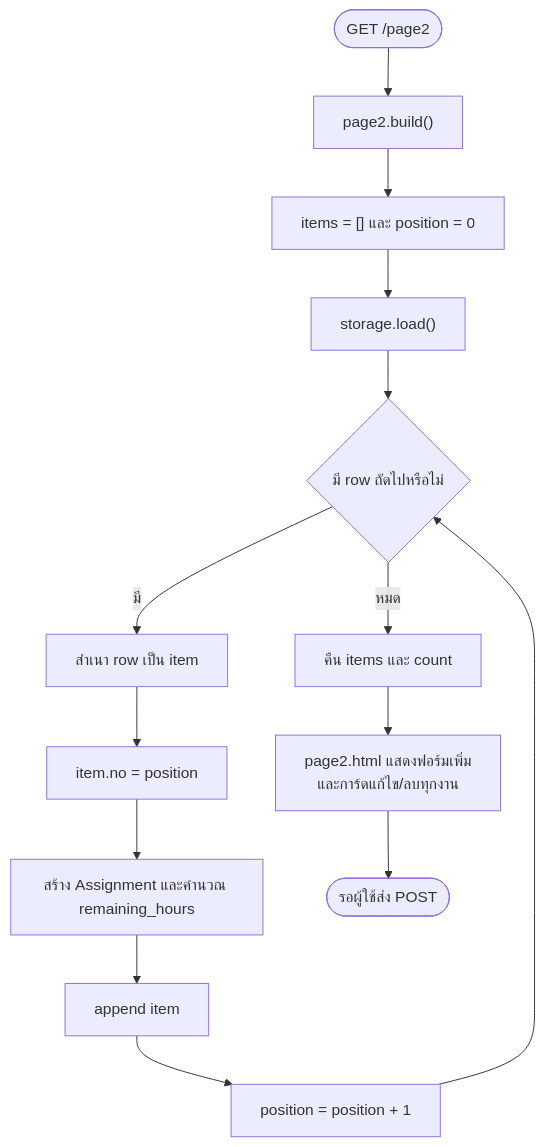
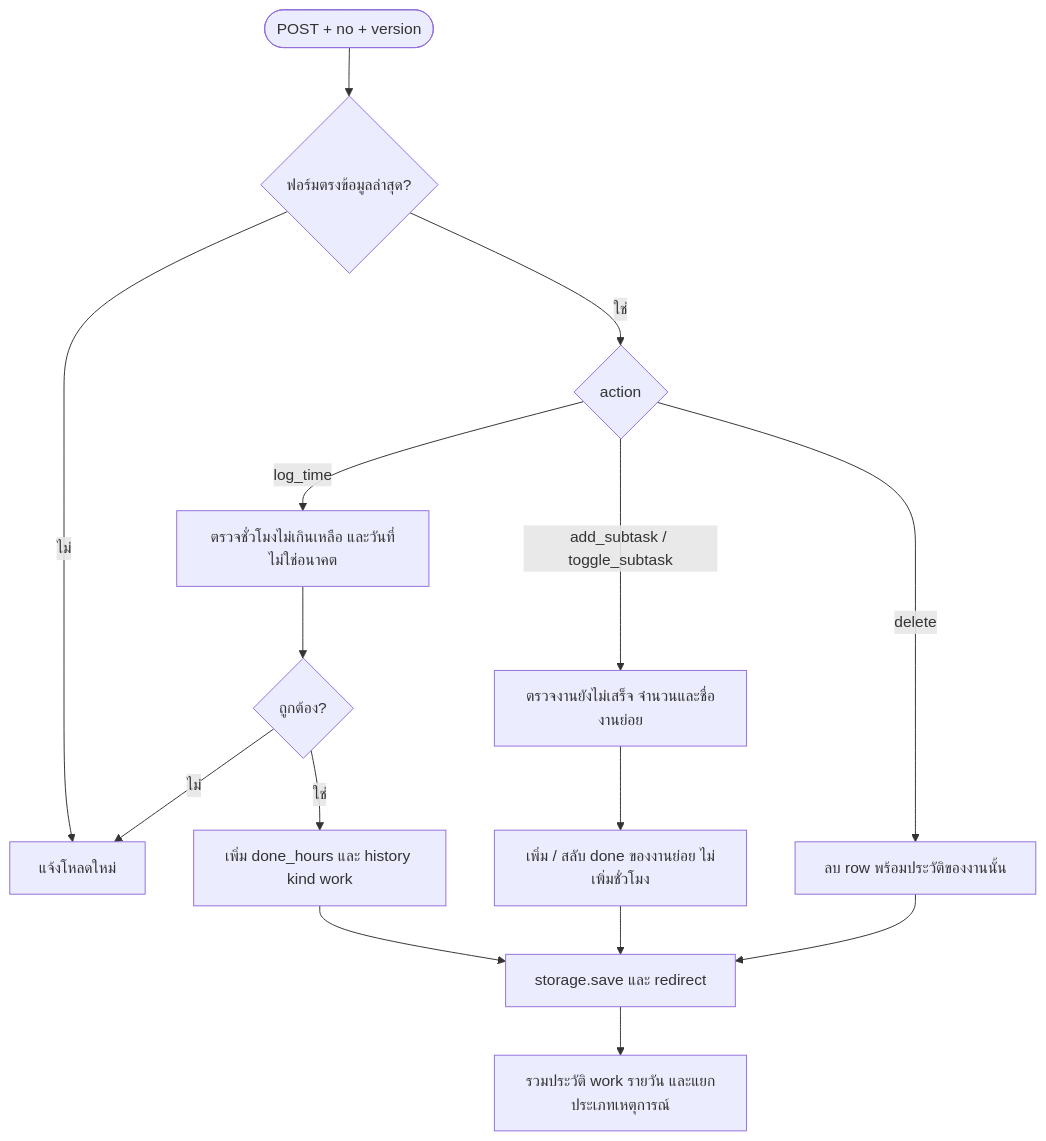
The sixth of 10 diagrams in docs/presentation/FLOWCHARTS.md (aiy157/ManagerTime), drawn with Mermaid before and after one commit. The commit also changed other lines of this file and 68 other files, not shown here.

````diff
--- a/docs/presentation/FLOWCHARTS.md
+++ b/docs/presentation/FLOWCHARTS.md
@@ -168,16 +111,17 @@
 ```mermaid
 flowchart TD
-    A(["GET /page2"]) --> B["page2.build()"]
-    B --> C["items = [] และ position = 0"]
-    C --> D["storage.load()"]
-    D --> E{"มี row ถัดไปหรือไม่"}
-    E -->|มี| F["สำเนา row เป็น item"]
-    F --> G["item.no = position"]
-    G --> H["สร้าง Assignment และคำนวณ remaining_hours"]
-    H --> I["append item"]
-    I --> J["position = position + 1"]
-    J --> E
-    E -->|หมด| K["คืน items และ count"]
-    K --> L["page2.html แสดงฟอร์มเพิ่ม<br/>และการ์ดแก้ไข/ลบทุกงาน"]
-    L --> M(["รอผู้ใช้ส่ง POST"])
+    A(["POST + no + version"]) --> B{"ฟอร์มตรงข้อมูลล่าสุด?"}
+    B -->|ไม่| X["แจ้งโหลดใหม่"]
+    B -->|ใช่| C{"action"}
+    C -->|log_time| D["ตรวจชั่วโมงไม่เกินเหลือ และวันที่ไม่ใช่อนาคต"]
+    D --> E{"ถูกต้อง?"}
+    E -->|ไม่| X
+    E -->|ใช่| F["เพิ่ม done_hours และ history kind work"]
+    C -->|add_subtask / toggle_subtask| G["ตรวจงานยังไม่เสร็จ จำนวนและชื่องานย่อย"]
+    G --> H["เพิ่ม / สลับ done ของงานย่อย ไม่เพิ่มชั่วโมง"]
+    C -->|delete| I["ลบ row พร้อมประวัติของงานนั้น"]
+    F --> S["storage.save และ redirect"]
+    H --> S
+    I --> S
+    S --> J["รวมประวัติ work รายวัน และแยกประเภทเหตุการณ์"]
 ```
````
